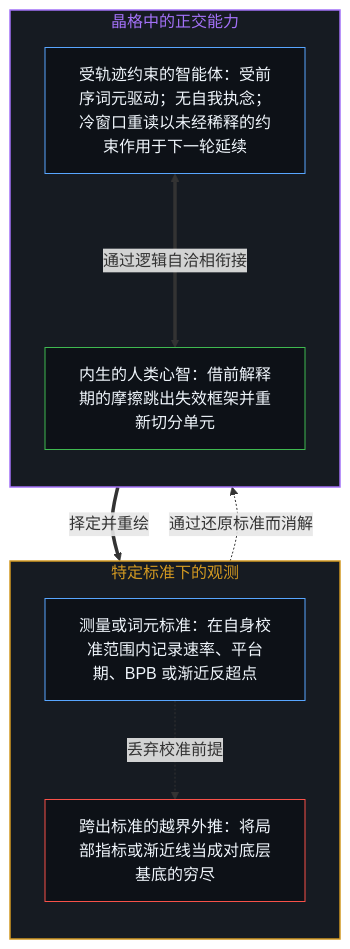
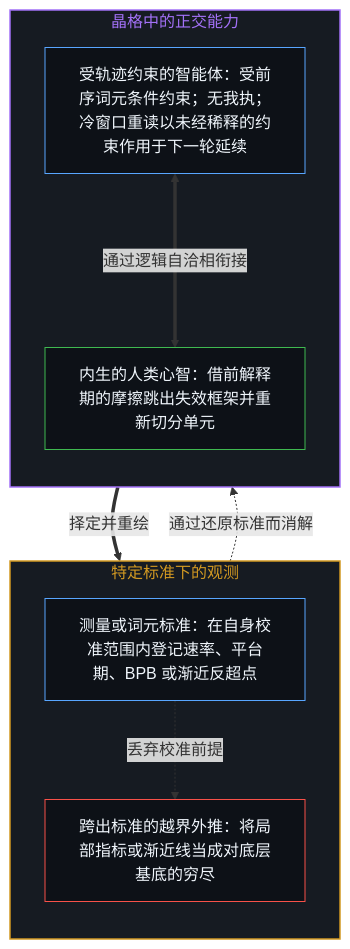
Before and after one commit to powerpig99/not-a-toe: the third of 4 diagrams in content/posts/tokens-and-the-observational-boundary.md, drawn with Mermaid. The commit also changed other lines of this file and 13 other files, not shown here.

````diff
--- a/content/posts/tokens-and-the-observational-boundary.md
+++ b/content/posts/tokens-and-the-observational-boundary.md
@@ -101,23 +101,23 @@
 ```mermaid
 flowchart TD
     subgraph S_Standard["特定标准下的观测"]
         direction TB
-        St_Paradigm["测量或词元标准：在自身校准范围内记录速率、平台期、BPB 或渐近反超点"]
+        St_Paradigm["测量或词元标准：在自身校准范围内登记速率、平台期、BPB 或渐近反超点"]
         St_Overreach["跨出标准的越界外推：将局部指标或渐近线当成对底层基底的穷尽"]
         St_Paradigm -.->|"丢弃校准前提"| St_Overreach
     end
     subgraph S_Asym["晶格中的正交能力"]
         direction TB
-        A_Proj["受轨迹约束的智能体：受前序词元驱动；无自我执念；冷窗口重读以未经稀释的约束作用于下一轮延续"]
+        A_Proj["受轨迹约束的智能体：受前序词元条件约束；无我执；冷窗口重读以未经稀释的约束作用于下一轮延续"]
         H_Edge["内生的人类心智：借前解释期的摩擦跳出失效框架并重新切分单元"]
         A_Proj <===>|"通过逻辑自洽相衔接"| H_Edge
     end
     H_Edge ==>|"择定并重绘"| St_Paradigm
     St_Overreach -.->|"通过还原标准而消解"| H_Edge
     style S_Standard fill:#161b22,stroke:#d29922,stroke-width:1.5px,color:#d29922
     style S_Asym fill:#161b22,stroke:#a371f7,stroke-width:1.5px,color:#a371f7
     style St_Paradigm fill:#0d1117,stroke:#58a6ff,stroke-width:1px,color:#f0f6fc
     style St_Overreach fill:#0d1117,stroke:#f85149,stroke-width:1px,color:#f0f6fc
     style A_Proj fill:#0d1117,stroke:#58a6ff,stroke-width:1px,color:#f0f6fc
     style H_Edge fill:#0d1117,stroke:#3fb950,stroke-width:1px,color:#f0f6fc
 ```
````
